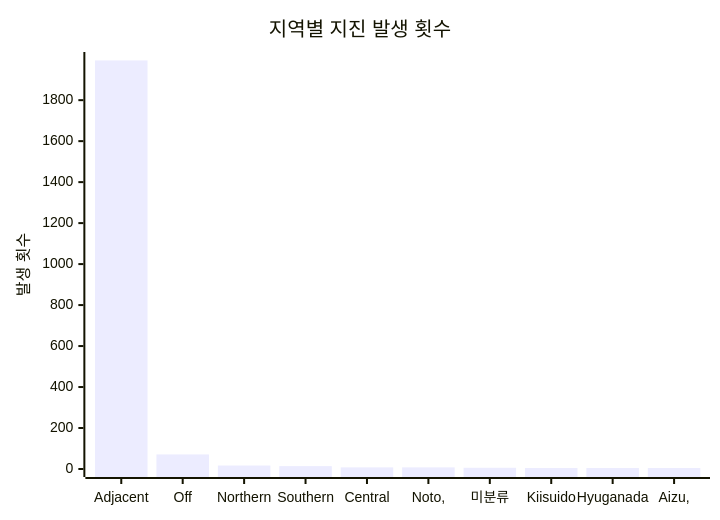
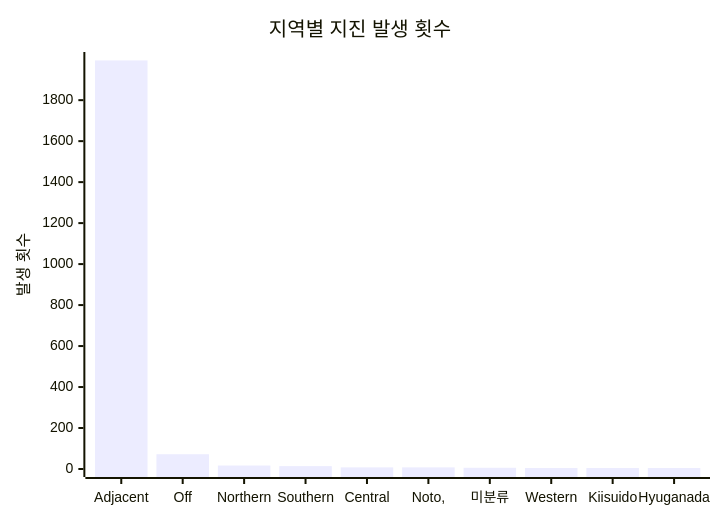
The diagram in charts/region-chart.md (serendip811/japan-eq), drawn with Mermaid before and after one commit. The commit also changed other lines of this file and 5 other files, not shown here.

Commit message:
Update earthquake data and charts Thu Jul 24 12:06:52 UTC 2025

````diff
--- a/charts/region-chart.md
+++ b/charts/region-chart.md
@@ -3,7 +3,7 @@
 ```mermaid
 xychart-beta
     title "지역별 지진 발생 횟수"
-    x-axis ["Adjacent", "Off", "Northern", "Southern", "Central", "Noto,", "미분류", "Kiisuido", "Hyuganada", "Aizu,"]
+    x-axis ["Adjacent", "Off", "Northern", "Southern", "Central", "Noto,", "미분류", "Western", "Kiisuido", "Hyuganada"]
     y-axis "발생 횟수" 0 --> 1996
-    bar [1994, 71, 17, 14, 8, 8, 6, 5, 5, 5]
+    bar [1994, 72, 17, 14, 8, 8, 6, 5, 5, 5]
 ```
````
